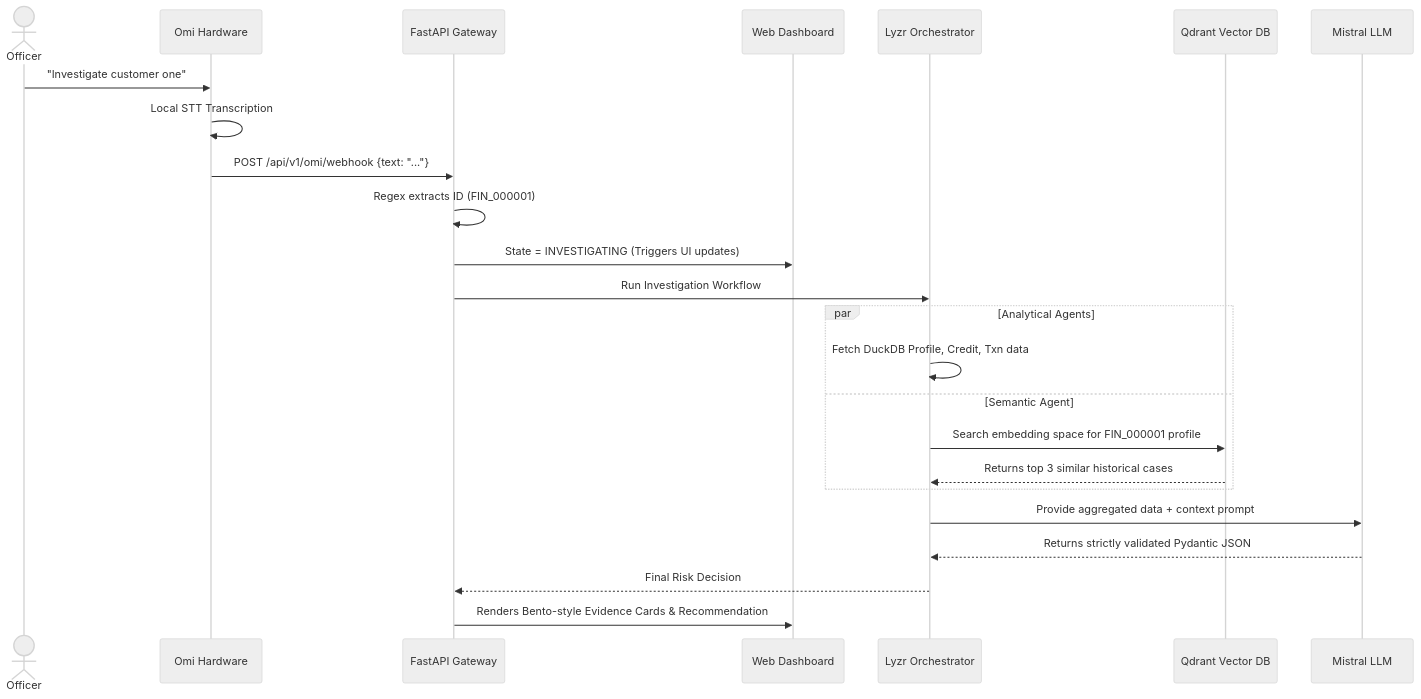
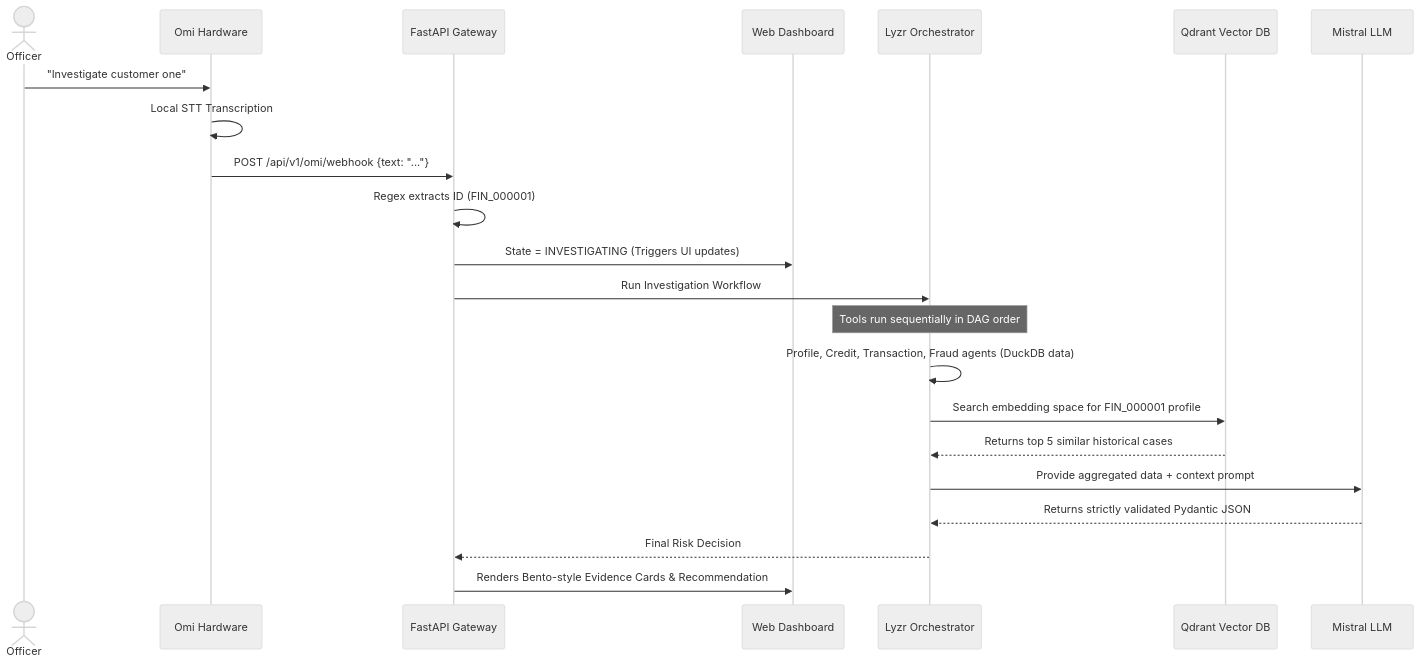
One commit to shantanushinde99/FinShield---Autonomous-Banking-Risk-Intelligence changed the third of 3 diagrams in README.md. Above: the diagram before and after it, drawn with Mermaid (neutral theme). The commit also changed other lines of this file and 23 other files, not shown here.

````diff
--- a/README.md
+++ b/README.md
@@ -170,32 +170,30 @@
 ```mermaid
 sequenceDiagram
     actor Officer
     participant Omi as Omi Hardware
     participant API as FastAPI Gateway
     participant UI as Web Dashboard
     participant Lyzr as Lyzr Orchestrator
     participant Qdrant as Qdrant Vector DB
     participant LLM as Mistral LLM
 
     Officer->>Omi: "Investigate customer one"
     Omi->>Omi: Local STT Transcription
     Omi->>API: POST /api/v1/omi/webhook {text: "..."}
     
     API->>API: Regex extracts ID (FIN_000001)
     API->>UI: State = INVESTIGATING (Triggers UI updates)
     
     API->>Lyzr: Run Investigation Workflow
     
-    par Analytical Agents
-        Lyzr->>Lyzr: Fetch DuckDB Profile, Credit, Txn data
-    and Semantic Agent
-        Lyzr->>Qdrant: Search embedding space for FIN_000001 profile
-        Qdrant-->>Lyzr: Returns top 3 similar historical cases
-    end
+    Note over Lyzr: Tools run sequentially in DAG order
+    Lyzr->>Lyzr: Profile, Credit, Transaction, Fraud agents (DuckDB data)
+    Lyzr->>Qdrant: Search embedding space for FIN_000001 profile
+    Qdrant-->>Lyzr: Returns top 5 similar historical cases
     
     Lyzr->>LLM: Provide aggregated data + context prompt
     LLM-->>Lyzr: Returns strictly validated Pydantic JSON
     
     Lyzr-->>API: Final Risk Decision
     API->>UI: Renders Bento-style Evidence Cards & Recommendation
 ```
````
